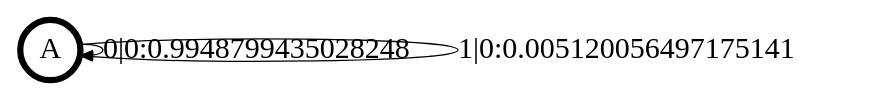
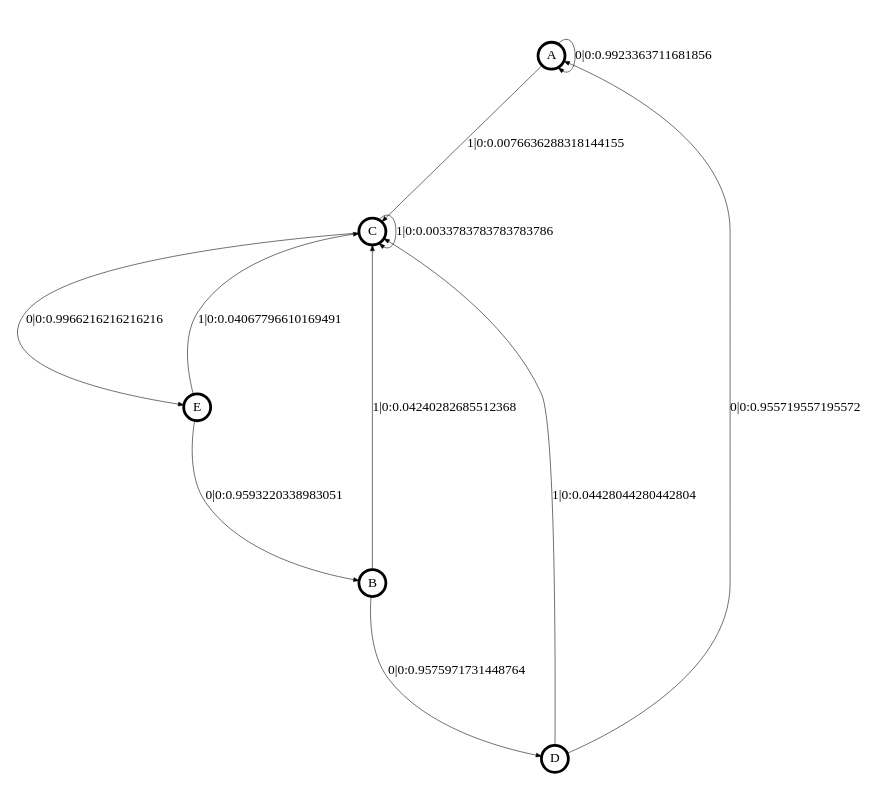
Before and after one commit to OdalysBar/HonorsThesis-TikTok: the diagram in transCSSR-master/transCSSR_results/+user5.dot, drawn with Graphviz. The commit also changed 275 other files, not shown here.

```diff
--- a/transCSSR-master/transCSSR_results/+user5.dot
+++ b/transCSSR-master/transCSSR_results/+user5.dot
@@ -1,14 +1,22 @@
 digraph  {
 size = "6,8.5";
 ratio = "fill";
 node
 [shape = circle];
 node [fontsize = 24];
 node [penwidth = 5];
 edge [fontsize = 24];
 node [fontname = "CMU Serif Roman"];
 graph [fontname = "CMU Serif Roman"];
 edge [fontname = "CMU Serif Roman"];
-A -> A [label = "0|0:0.9948799435028248\l"];
-A -> A [label = "1|0:0.005120056497175141\l"];
+A -> A [label = "0|0:0.9923363711681856\l"];
+A -> C [label = "1|0:0.0076636288318144155\l"];
+B -> C [label = "1|0:0.04240282685512368\l"];
+B -> D [label = "0|0:0.9575971731448764\l"];
+C -> C [label = "1|0:0.0033783783783783786\l"];
+C -> E [label = "0|0:0.9966216216216216\l"];
+D -> A [label = "0|0:0.955719557195572\l"];
+D -> C [label = "1|0:0.04428044280442804\l"];
+E -> B [label = "0|0:0.9593220338983051\l"];
+E -> C [label = "1|0:0.04067796610169491\l"];
 }
```
